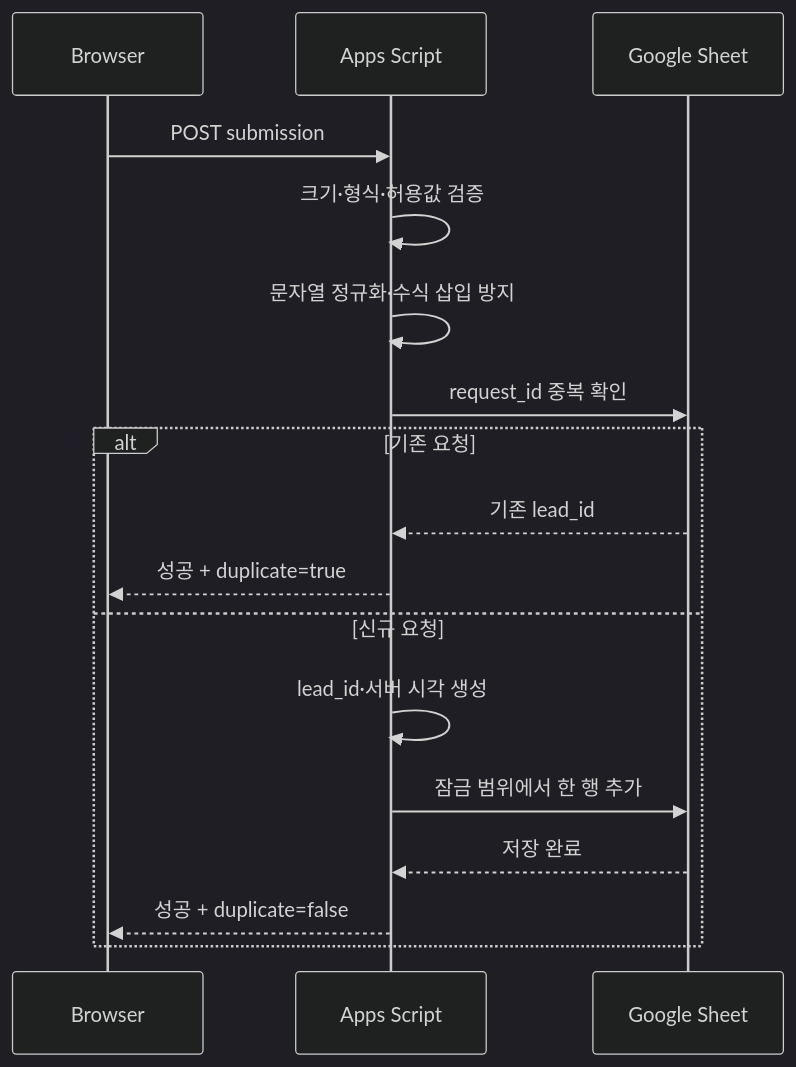
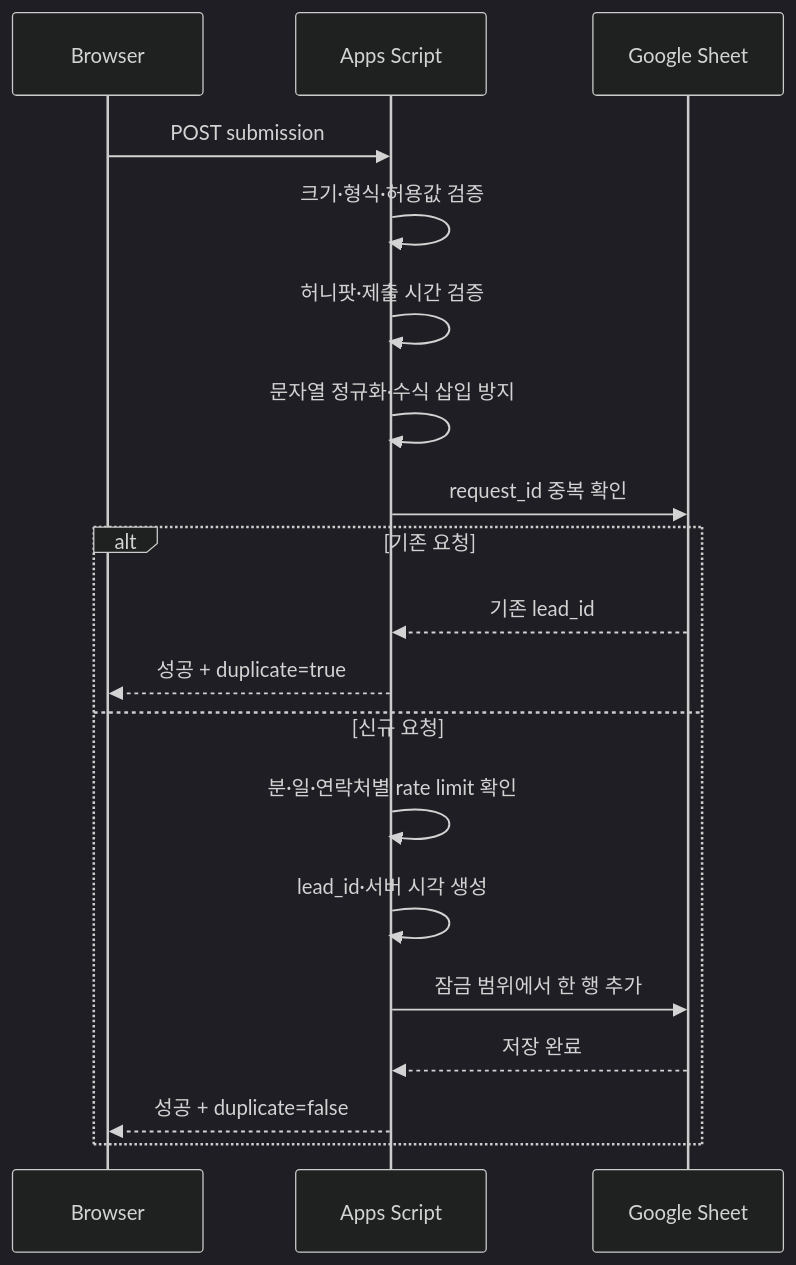
Before and after one commit to leekwansootv-creator/4refund: the second of 2 diagrams in docs/planning/quick-estimate-technical-design.md, drawn with Mermaid (dark theme). The commit also changed other lines of this file and 6 other files, not shown here.

````diff
--- a/docs/planning/quick-estimate-technical-design.md
+++ b/docs/planning/quick-estimate-technical-design.md
@@ -389,20 +400,22 @@
 ```mermaid
 sequenceDiagram
     participant Browser
     participant Script as Apps Script
     participant Sheet as Google Sheet
 
     Browser->>Script: POST submission
     Script->>Script: 크기·형식·허용값 검증
+    Script->>Script: 허니팟·제출 시간 검증
     Script->>Script: 문자열 정규화·수식 삽입 방지
     Script->>Sheet: request_id 중복 확인
     alt 기존 요청
         Sheet-->>Script: 기존 lead_id
         Script-->>Browser: 성공 + duplicate=true
     else 신규 요청
+        Script->>Script: 분·일·연락처별 rate limit 확인
         Script->>Script: lead_id·서버 시각 생성
         Script->>Sheet: 잠금 범위에서 한 행 추가
         Sheet-->>Script: 저장 완료
         Script-->>Browser: 성공 + duplicate=false
     end
 ```
````
